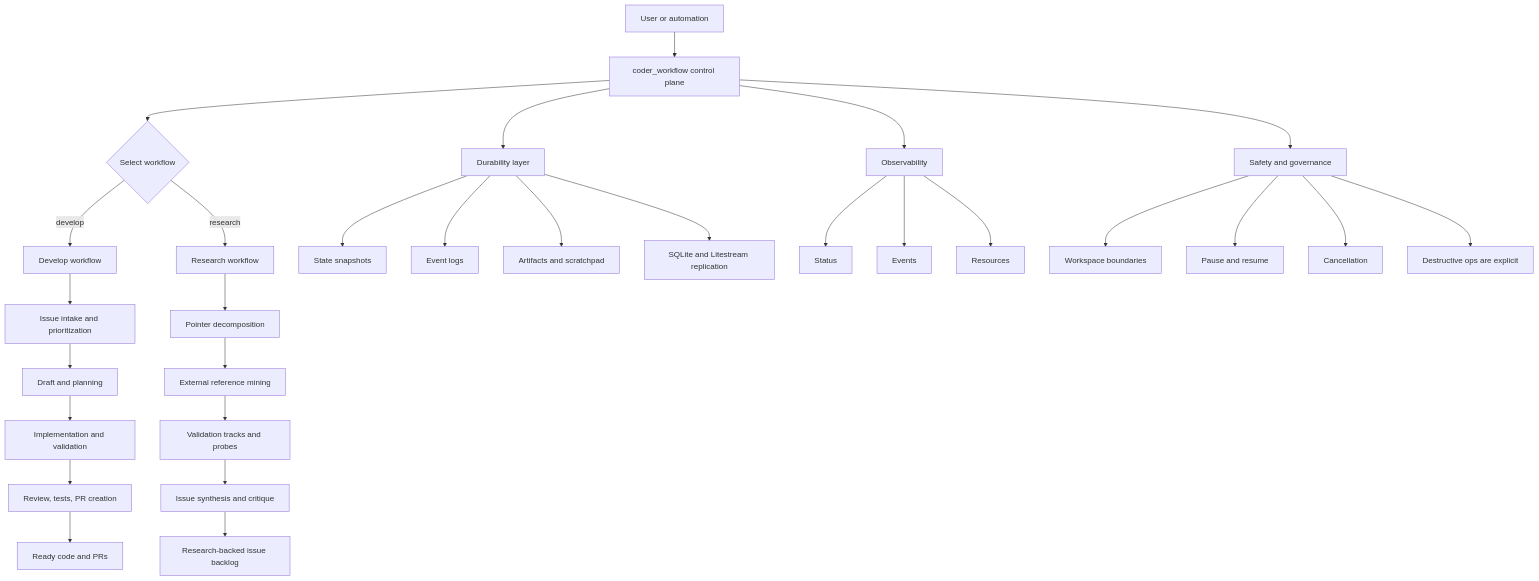
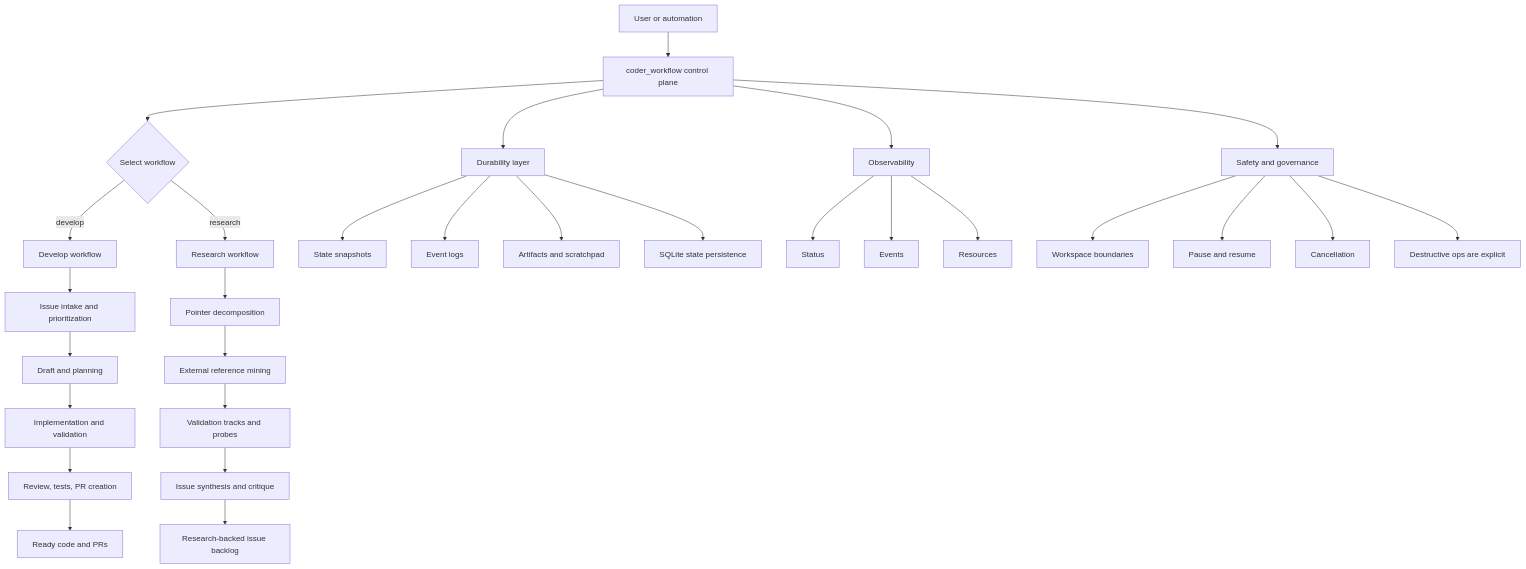
Before and after one commit to canesin/coder: the diagram in README.md, drawn with Mermaid. The commit also changed other lines of this file and 8 other files, not shown here.

````diff
--- a/README.md
+++ b/README.md
@@ -246,38 +194,38 @@
 ```mermaid
 flowchart TD
   U[User or automation] --> CP[coder_workflow control plane]
   CP --> WF{Select workflow}
 
   WF -->|develop| DEV[Develop workflow]
   WF -->|research| RES[Research workflow]
 
   DEV --> D1[Issue intake and prioritization]
   D1 --> D2[Draft and planning]
   D2 --> D3[Implementation and validation]
   D3 --> D4[Review, tests, PR creation]
 
   RES --> R1[Pointer decomposition]
   R1 --> R2[External reference mining]
   R2 --> R3[Validation tracks and probes]
   R3 --> R4[Issue synthesis and critique]
 
   D4 --> OUT1[Ready code and PRs]
   R4 --> OUT2[Research-backed issue backlog]
 
   CP --> DUR[Durability layer]
   DUR --> S1[State snapshots]
   DUR --> S2[Event logs]
   DUR --> S3[Artifacts and scratchpad]
-  DUR --> S4[SQLite and Litestream replication]
+  DUR --> S4[SQLite state persistence]
 
   CP --> OBS[Observability]
   OBS --> O1[Status]
   OBS --> O2[Events]
   OBS --> O3[Resources]
 
   CP --> SAFE[Safety and governance]
   SAFE --> G1[Workspace boundaries]
   SAFE --> G2[Pause and resume]
   SAFE --> G3[Cancellation]
   SAFE --> G4[Destructive ops are explicit]
 ```
````
